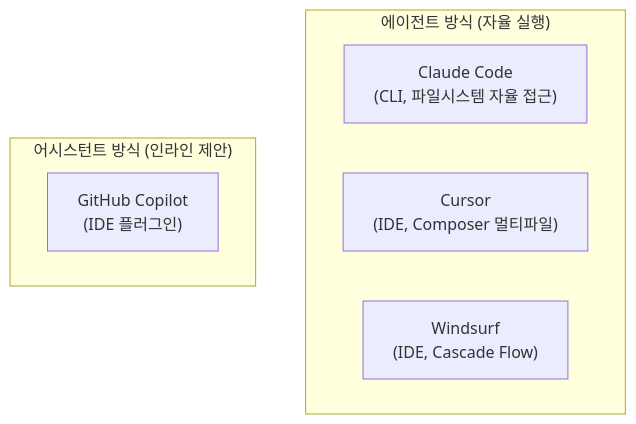
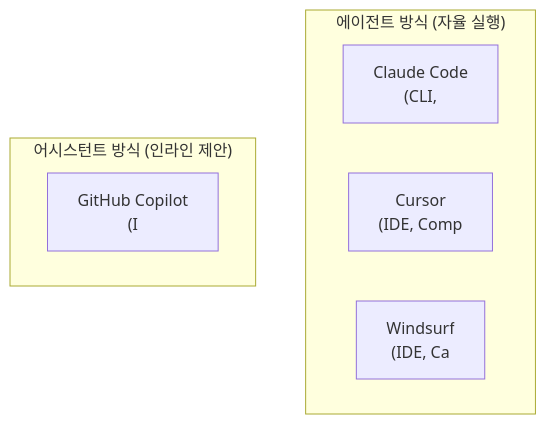
The first of 2 diagrams in _posts/ai/2026-05-01-ai-tools.md (yjkim2015/yjkim2015.github.io), drawn with Mermaid before and after one commit. The commit also changed other lines of this file and 271 other files, not shown here.

First line of the commit message:
Mermaid 라벨 축소: 긴 노드 텍스트 18자 이하로 트림 + \n 제거

````diff
--- a/_posts/ai/2026-05-01-ai-tools.md
+++ b/_posts/ai/2026-05-01-ai-tools.md
@@ -97,11 +97,11 @@
 ```mermaid
 graph TD
     subgraph "에이전트 방식 (자율 실행)"
-        CC["Claude Code\n(CLI, 파일시스템 자율 접근)"]
-        CUR["Cursor\n(IDE, Composer 멀티파일)"]
-        WIND["Windsurf\n(IDE, Cascade Flow)"]
+        CC["Claude Code\n(CLI,"]
+        CUR["Cursor\n(IDE, Comp"]
+        WIND["Windsurf\n(IDE, Ca"]
     end
     subgraph "어시스턴트 방식 (인라인 제안)"
-        COPILOT["GitHub Copilot\n(IDE 플러그인)"]
+        COPILOT["GitHub Copilot\n(I"]
     end
 ```
````
